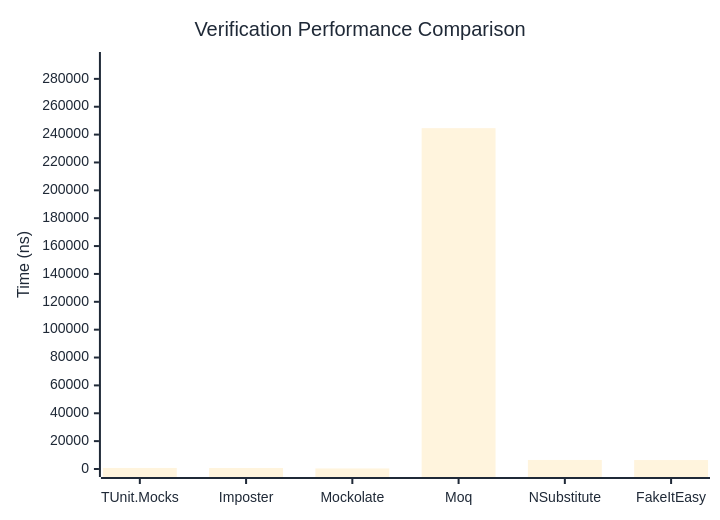
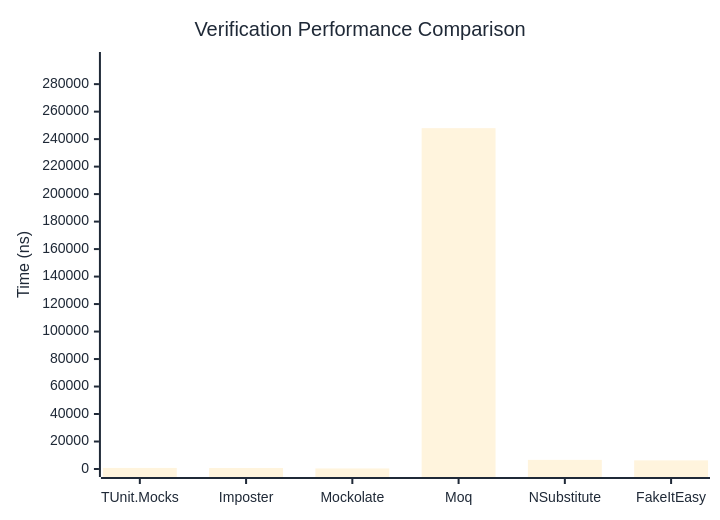
Before and after one commit to thomhurst/TUnit: the first of 3 diagrams in docs/docs/benchmarks/mocks/Verification.md, drawn with Mermaid. The commit also changed other lines of this file and 14 other files, not shown here.

````diff
--- a/docs/docs/benchmarks/mocks/Verification.md
+++ b/docs/docs/benchmarks/mocks/Verification.md
@@ -30,27 +30,27 @@
 ```mermaid
 %%{init: {
   'theme':'base',
   'themeVariables': {
     'primaryColor': '#2563eb',
     'primaryTextColor': '#1f2937',
     'primaryBorderColor': '#1e40af',
     'lineColor': '#6b7280',
     'secondaryColor': '#7c3aed',
     'tertiaryColor': '#dc2626',
     'background': '#ffffff',
     'pie1': '#2563eb',
     'pie2': '#7c3aed',
     'pie3': '#dc2626',
     'pie4': '#f59e0b',
     'pie5': '#10b981',
     'pie6': '#06b6d4',
     'pie7': '#ec4899',
     'pie8': '#6366f1'
   }
 }}%%
 xychart-beta
   title "Verification Performance Comparison"
   x-axis ["TUnit.Mocks", "Imposter", "Mockolate", "Moq", "NSubstitute", "FakeItEasy"]
-  y-axis "Time (ns)" 0 --> 293538
-  bar [746.89, 718.6, 407.63, 244614.2, 6487.99, 6429.72]
+  y-axis "Time (ns)" 0 --> 297569
+  bar [773.69, 704.06, 401.44, 247973.91, 6643.25, 6280.89]
 ```
````
